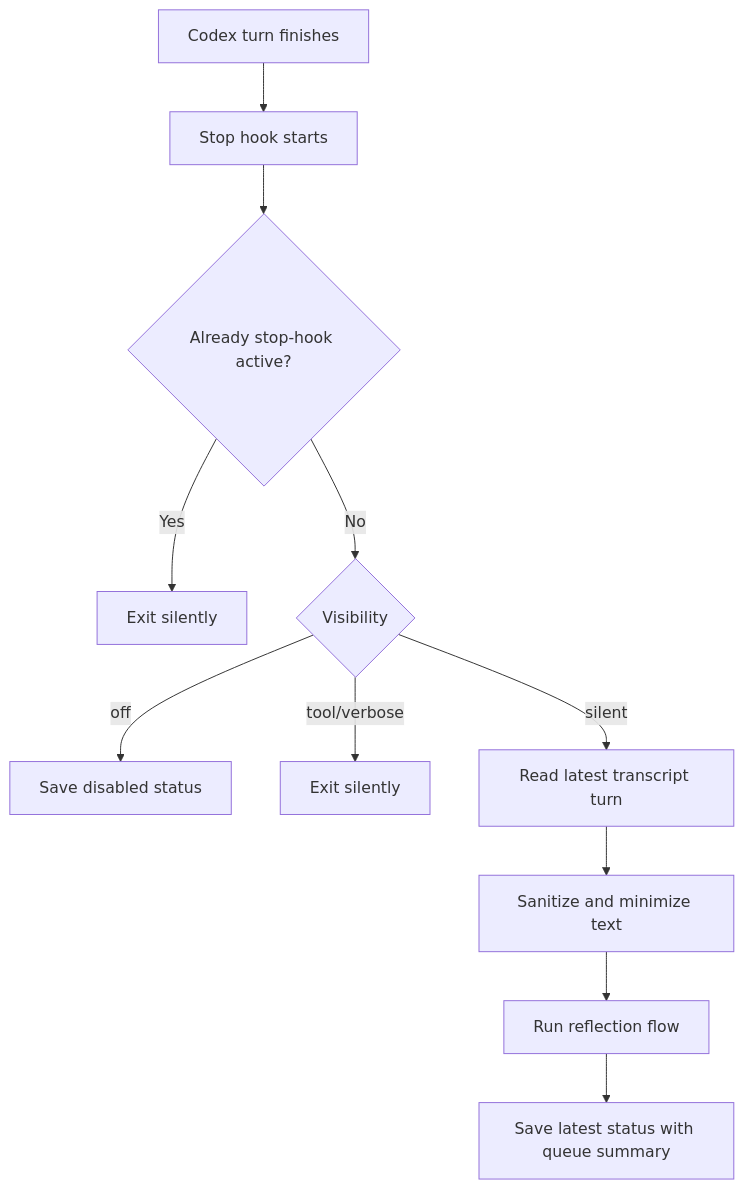
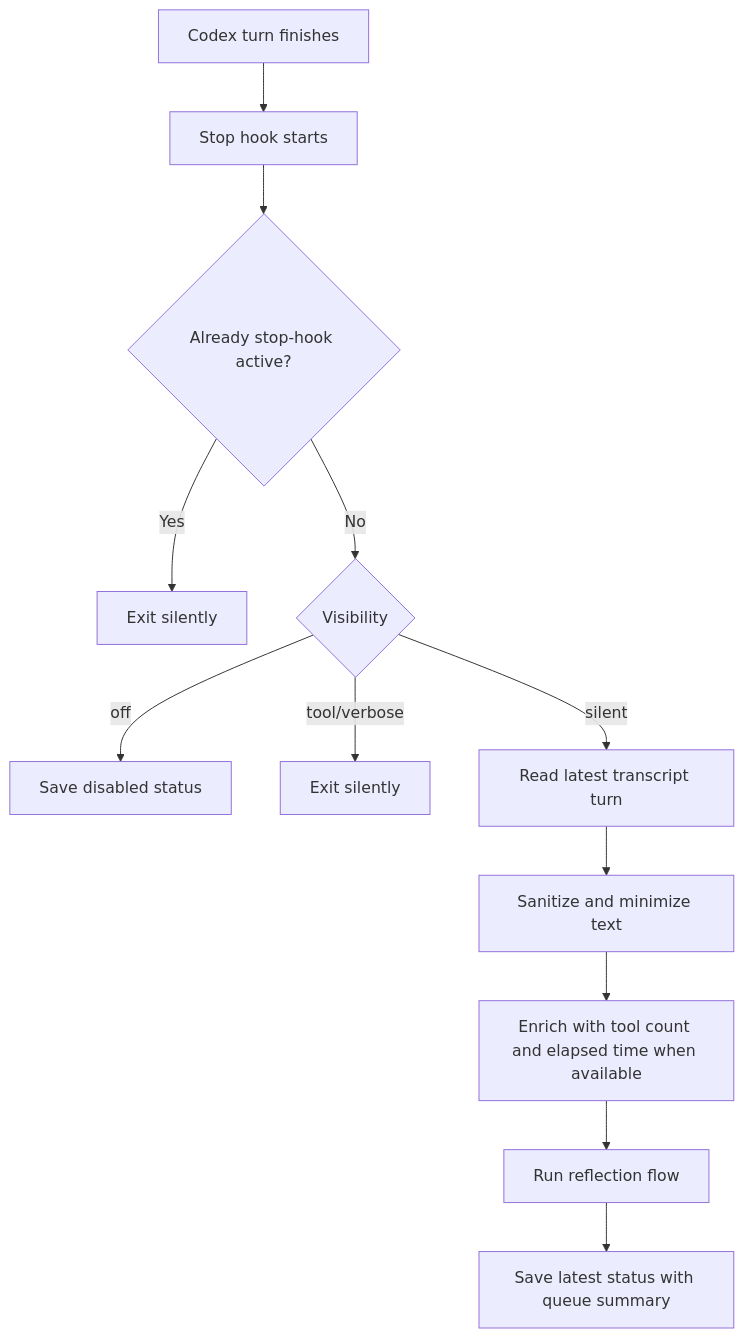
One commit to agent-archive/codex-agent-archive changed the second of 2 diagrams in DESIGN.md. Above: the diagram before and after it, drawn with Mermaid. The commit also changed other lines of this file and 12 other files, not shown here.

````diff
--- a/DESIGN.md
+++ b/DESIGN.md
@@ -144,13 +169,14 @@
 ```mermaid
 flowchart TD
   A["Codex turn finishes"] --> B["Stop hook starts"]
   B --> C{"Already stop-hook active?"}
   C -- "Yes" --> D["Exit silently"]
   C -- "No" --> E{"Visibility"}
   E -- "off" --> F["Save disabled status"]
   E -- "tool/verbose" --> G["Exit silently"]
   E -- "silent" --> H["Read latest transcript turn"]
   H --> I["Sanitize and minimize text"]
-  I --> J["Run reflection flow"]
-  J --> K["Save latest status with queue summary"]
+  I --> J["Enrich with tool count and elapsed time when available"]
+  J --> L["Run reflection flow"]
+  L --> K["Save latest status with queue summary"]
 ```
````
